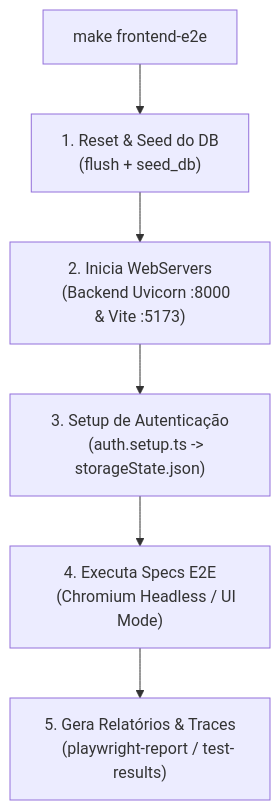
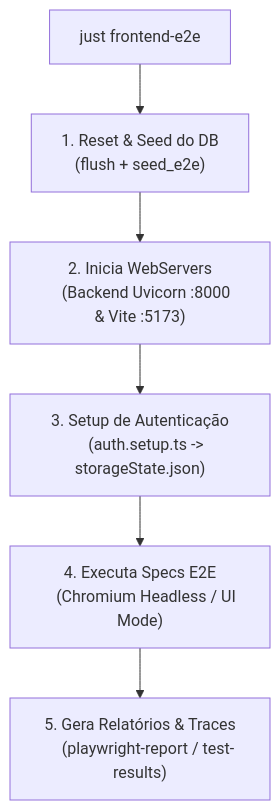
Before and after one commit to Rafaelp122/wedding_management: the diagram in docs/guides/frontend/run-playwright-e2e.md, drawn with Mermaid. The commit also changed other lines of this file and 50 other files, not shown here.

````diff
--- a/docs/guides/frontend/run-playwright-e2e.md
+++ b/docs/guides/frontend/run-playwright-e2e.md
@@ -17,13 +17,13 @@
 ```mermaid
 flowchart TD
-    Start["make frontend-e2e"] --> DBReset["1. Reset & Seed do DB
-    (flush + seed_db)"]
+    Start["just frontend-e2e"] --> DBReset["1. Reset & Seed do DB
+    (flush + seed_e2e)"]
     DBReset --> StartServers["2. Inicia WebServers
     (Backend Uvicorn :8000 & Vite :5173)"]
     StartServers --> AuthSetup["3. Setup de Autenticação
     (auth.setup.ts -> storageState.json)"]
     AuthSetup --> RunSpecs["4. Executa Specs E2E
     (Chromium Headless / UI Mode)"]
     RunSpecs --> Artifacts["5. Gera Relatórios & Traces
     (playwright-report / test-results)"]
 ```
````
